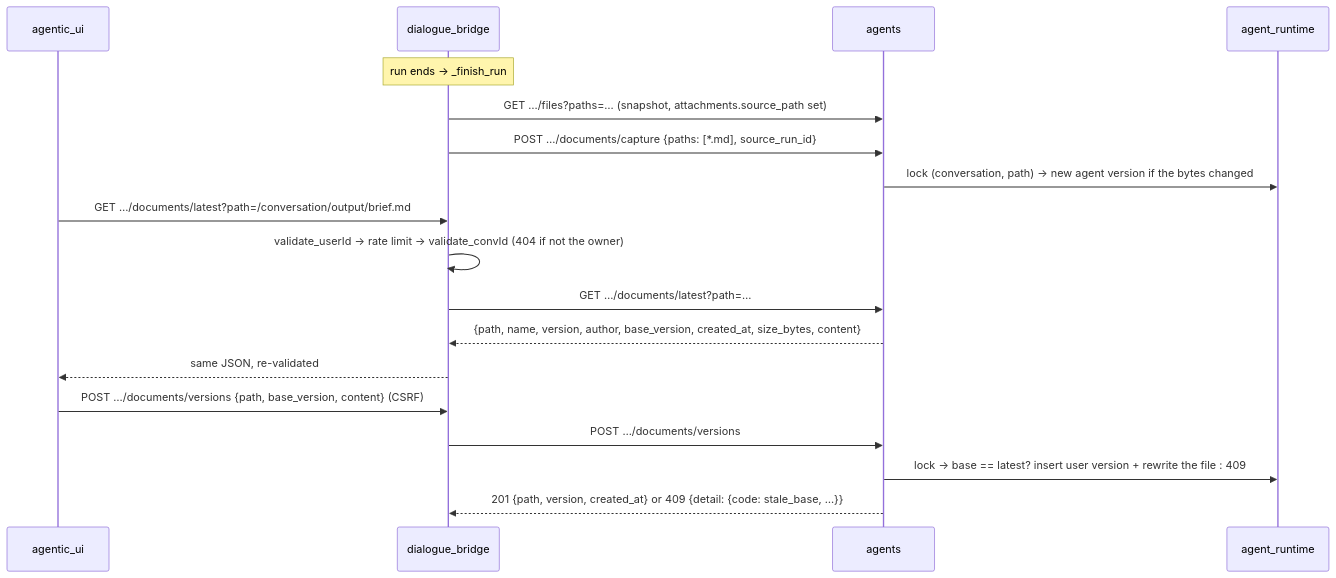
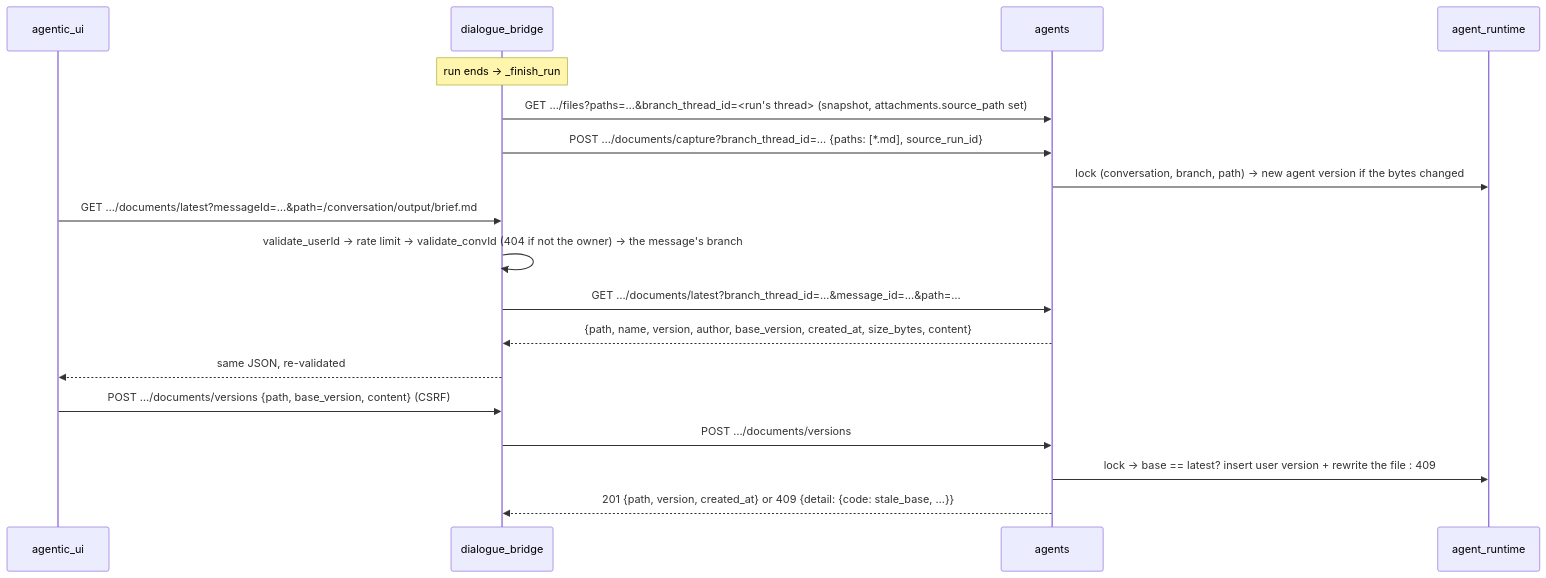
The second of 11 diagrams in docs/flows/canvas.md (konstantinosmpouros/magenticx), drawn with Mermaid before and after one commit. The commit also changed other lines of this file and 101 other files, not shown here.

````diff
--- a/docs/flows/canvas.md
+++ b/docs/flows/canvas.md
@@ -23,21 +25,21 @@
 ```mermaid
 sequenceDiagram
     participant UI as agentic_ui
     participant BR as dialogue_bridge
     participant AG as agents
     participant PG as agent_runtime
 
     Note over BR: run ends → _finish_run
-    BR->>AG: GET …/files?paths=… (snapshot, attachments.source_path set)
-    BR->>AG: POST …/documents/capture {paths: [*.md], source_run_id}
-    AG->>PG: lock (conversation, path) → new agent version if the bytes changed
-    UI->>BR: GET …/documents/latest?path=/conversation/output/brief.md
-    BR->>BR: validate_userId → rate limit → validate_convId (404 if not the owner)
-    BR->>AG: GET …/documents/latest?path=…
+    BR->>AG: GET …/files?paths=…&branch_thread_id=<run's thread> (snapshot, attachments.source_path set)
+    BR->>AG: POST …/documents/capture?branch_thread_id=… {paths: [*.md], source_run_id}
+    AG->>PG: lock (conversation, branch, path) → new agent version if the bytes changed
+    UI->>BR: GET …/documents/latest?messageId=…&path=/conversation/output/brief.md
+    BR->>BR: validate_userId → rate limit → validate_convId (404 if not the owner) → the message's branch
+    BR->>AG: GET …/documents/latest?branch_thread_id=…&message_id=…&path=…
     AG-->>BR: {path, name, version, author, base_version, created_at, size_bytes, content}
     BR-->>UI: same JSON, re-validated
     UI->>BR: POST …/documents/versions {path, base_version, content} (CSRF)
     BR->>AG: POST …/documents/versions
     AG->>PG: lock → base == latest? insert user version + rewrite the file : 409
     AG-->>BR: 201 {path, version, created_at} or 409 {detail: {code: stale_base, …}}
 ```
````
